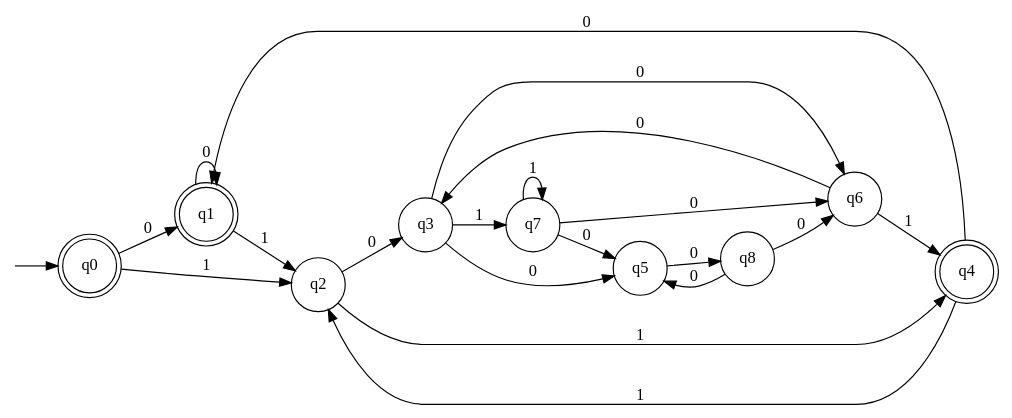
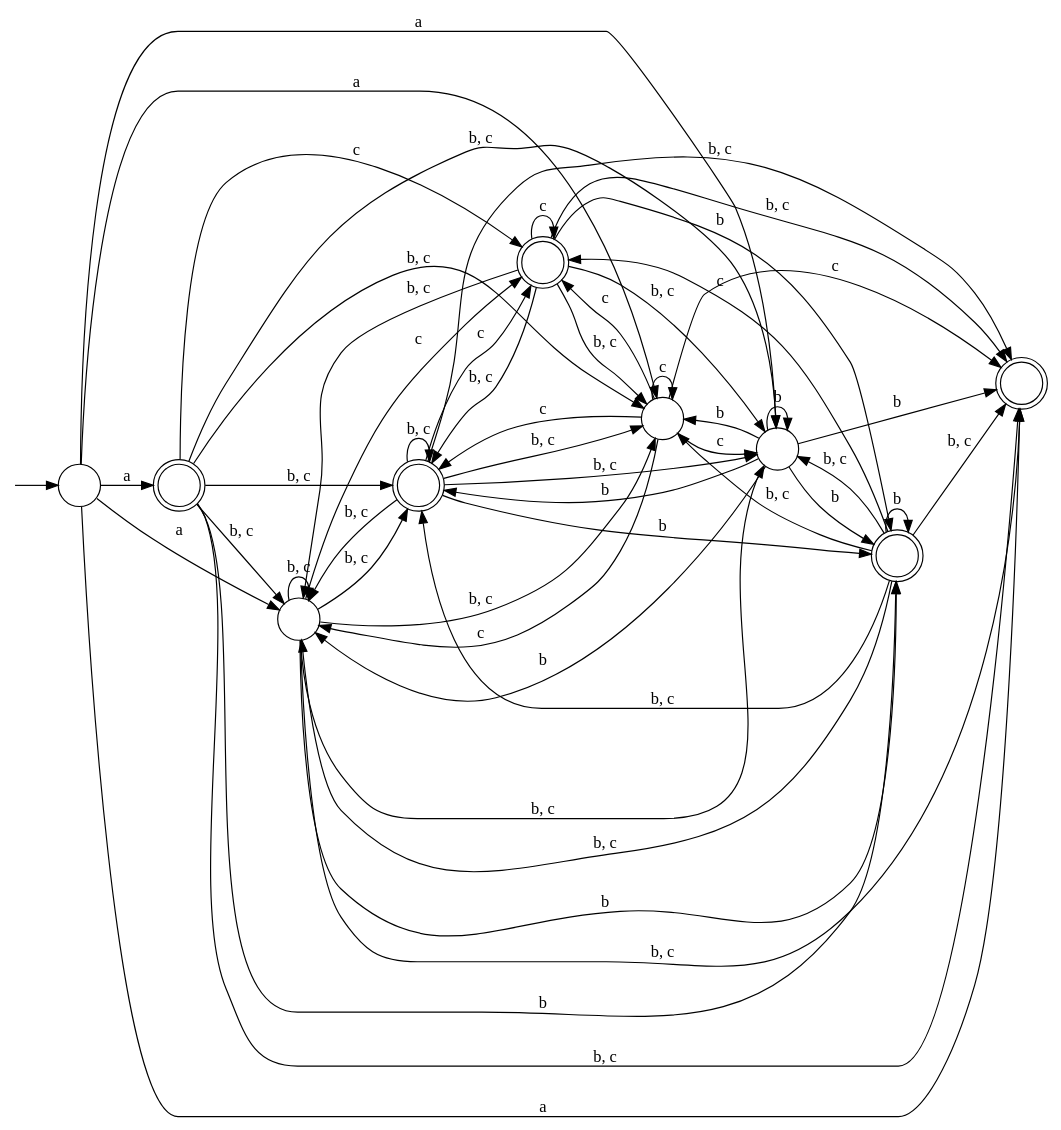
Before and after one commit to water-mizuu/finite_automata_conversion: the diagram in nfa.dot, drawn with Graphviz. The commit also changed 10 other files, not shown here.

```diff
--- a/nfa.dot
+++ b/nfa.dot
@@ -1,33 +1,66 @@
 digraph G {
   rankdir=LR;
   n__ [label="" shape=none width=.0];
-  0 [shape=doublecircle label="q0"]
-  1 [shape=doublecircle label="q1"]
-  2 [shape=circle label="q2"]
-  3 [shape=circle label="q3"]
-  4 [shape=circle label="q7"]
-  5 [shape=circle label="q5"]
-  6 [shape=circle label="q8"]
-  7 [shape=circle label="q6"]
-  8 [shape=doublecircle label="q4"]
+  0 [shape=circle label=""]
+  2 [shape=doublecircle label=""]
+  3 [shape=doublecircle label=""]
+  4 [shape=circle label=""]
+  5 [shape=doublecircle label=""]
+  6 [shape=circle label=""]
+  7 [shape=doublecircle label=""]
+  8 [shape=circle label=""]
+  9 [shape=doublecircle label=""]
   n__ -> 0;
-  0 -> 1 [label="0"]
-  0 -> 2 [label="1"]
-  1 -> 1 [label="0"]
-  1 -> 2 [label="1"]
-  2 -> 3 [label="0"]
-  2 -> 8 [label="1"]
-  3 -> 5 [label="0"]
-  3 -> 7 [label="0"]
-  3 -> 4 [label="1"]
-  4 -> 5 [label="0"]
-  4 -> 7 [label="0"]
-  4 -> 4 [label="1"]
-  5 -> 6 [label="0"]
-  6 -> 5 [label="0"]
-  6 -> 7 [label="0"]
-  7 -> 3 [label="0"]
-  7 -> 8 [label="1"]
-  8 -> 1 [label="0"]
-  8 -> 2 [label="1"]
+  0 -> 2 [label="a"]
+  0 -> 4 [label="a"]
+  0 -> 3 [label="a"]
+  0 -> 6 [label="a"]
+  0 -> 8 [label="a"]
+  2 -> 7 [label="b"]
+  2 -> 5 [label="b, c"]
+  2 -> 4 [label="b, c"]
+  2 -> 3 [label="b, c"]
+  2 -> 6 [label="b, c"]
+  2 -> 8 [label="b, c"]
+  4 -> 7 [label="b"]
+  4 -> 5 [label="b, c"]
+  4 -> 4 [label="b, c"]
+  4 -> 3 [label="b, c"]
+  4 -> 6 [label="b, c"]
+  4 -> 8 [label="b, c"]
+  5 -> 7 [label="b"]
+  5 -> 5 [label="b, c"]
+  5 -> 4 [label="b, c"]
+  5 -> 3 [label="b, c"]
+  5 -> 6 [label="b, c"]
+  5 -> 8 [label="b, c"]
+  6 -> 7 [label="b"]
+  6 -> 5 [label="b"]
+  6 -> 4 [label="b"]
+  6 -> 3 [label="b"]
+  6 -> 6 [label="b"]
+  6 -> 8 [label="b"]
+  7 -> 7 [label="b"]
+  7 -> 5 [label="b, c"]
+  7 -> 4 [label="b, c"]
+  7 -> 3 [label="b, c"]
+  7 -> 6 [label="b, c"]
+  7 -> 8 [label="b, c"]
+  9 -> 7 [label="b"]
+  9 -> 5 [label="b, c"]
+  9 -> 4 [label="b, c"]
+  9 -> 3 [label="b, c"]
+  9 -> 6 [label="b, c"]
+  9 -> 8 [label="b, c"]
+  2 -> 9 [label="c"]
+  4 -> 9 [label="c"]
+  5 -> 9 [label="c"]
+  7 -> 9 [label="c"]
+  8 -> 9 [label="c"]
+  8 -> 5 [label="c"]
+  8 -> 4 [label="c"]
+  8 -> 3 [label="c"]
+  8 -> 6 [label="c"]
+  8 -> 8 [label="c"]
+  9 -> 9 [label="c"]
 }
```
